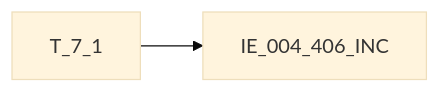
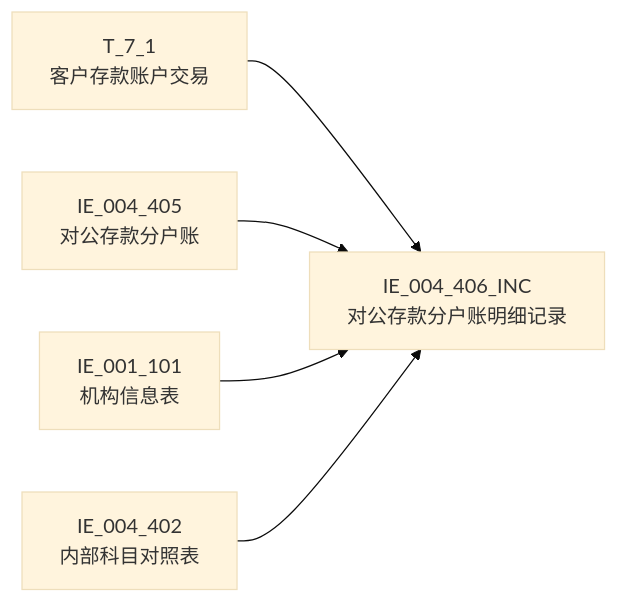
The diagram in regulatory-data-lab/知识库/血缘/EAST5.0系统/血缘-IE_004_406_INC-对公存款分户账明细记录-EAST5.0系统.md (zhoujk1989-arch/Obsidian), drawn with Mermaid (base theme) before and after one commit. The commit also changed other lines of this file and 22 other files, not shown here.

First line of the commit message:
``` fix(.obsidian): 调整图谱缩放比例

````diff
--- a/regulatory-data-lab/知识库/血缘/EAST5.0系统/血缘-IE_004_406_INC-对公存款分户账明细记录-EAST5.0系统.md
+++ b/regulatory-data-lab/知识库/血缘/EAST5.0系统/血缘-IE_004_406_INC-对公存款分户账明细记录-EAST5.0系统.md
@@ -95,4 +109,7 @@
 ```mermaid
 flowchart LR
-    S1["T_7_1"] --> T["IE_004_406_INC"]
+    S1["T_7_1<br>客户存款账户交易"] --> T["IE_004_406_INC<br>对公存款分户账明细记录"]
+    S2["IE_004_405<br>对公存款分户账"] --> T
+    S3["IE_001_101<br>机构信息表"] --> T
+    S4["IE_004_402<br>内部科目对照表"] --> T
 ```
````
